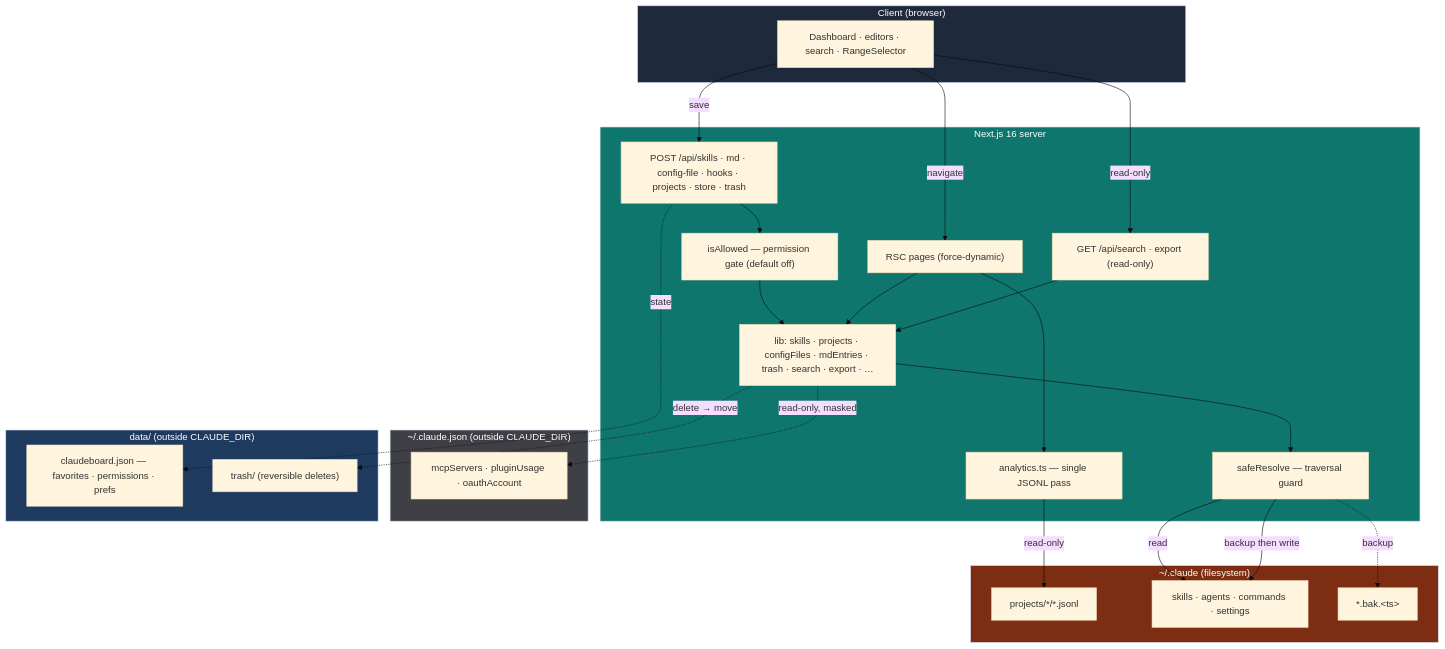
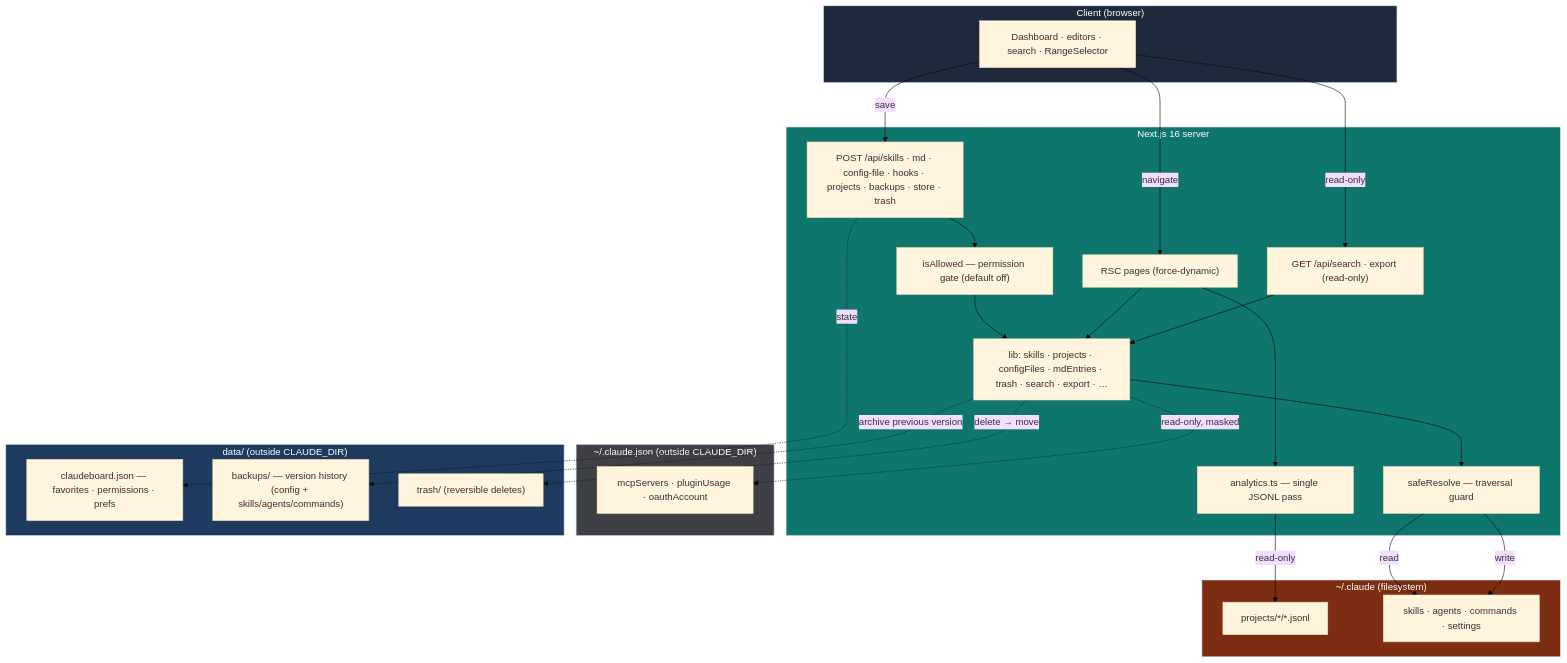
The diagram in README.md (maximebgd/claudeboard), drawn with Mermaid (base theme) before and after one commit. The commit also changed other lines of this file and 1 other file, not shown here.

Commit message:
feat(docs): update README to reflect version history and backup features for skills, agents, and commands

````diff
--- a/README.md
+++ b/README.md
@@ -153,50 +153,50 @@
 ```mermaid
 flowchart TD
     subgraph CLIENT["Client (browser)"]
       UI["Dashboard · editors · search · RangeSelector"]
     end
     subgraph SERVER["Next.js 16 server"]
       PAGES["RSC pages (force-dynamic)"]
-      API["POST /api/skills · md · config-file · hooks · projects · store · trash"]
+      API["POST /api/skills · md · config-file · hooks · projects · backups · store · trash"]
       RO["GET /api/search · export (read-only)"]
       PERM["isAllowed — permission gate (default off)"]
       ANALYTICS["analytics.ts — single JSONL pass"]
       LIB["lib: skills · projects · configFiles · mdEntries · trash · search · export · …"]
       GUARD["safeResolve — traversal guard"]
     end
     subgraph FS["~/.claude (filesystem)"]
       TRANSCRIPTS["projects/*/*.jsonl"]
       SKILLS["skills · agents · commands · settings"]
-      BAK["*.bak.&lt;ts&gt;"]
     end
     subgraph EXT["~/.claude.json (outside CLAUDE_DIR)"]
       MCP["mcpServers · pluginUsage · oauthAccount"]
     end
     subgraph DATA["data/ (outside CLAUDE_DIR)"]
       STORE["claudeboard.json — favorites · permissions · prefs"]
+      BACKUPS["backups/ — version history (config + skills/agents/commands)"]
       TRASH["trash/ (reversible deletes)"]
     end
 
     UI -->|navigate| PAGES
     UI -->|save| API
     UI -->|read-only| RO
     API --> PERM
     PERM --> LIB
     PAGES --> ANALYTICS
     PAGES --> LIB
     RO --> LIB
     API -.->|state| STORE
     ANALYTICS -->|read-only| TRANSCRIPTS
     LIB --> GUARD
     GUARD -->|read| SKILLS
-    GUARD -->|backup then write| SKILLS
-    GUARD -.->|backup| BAK
+    GUARD -->|write| SKILLS
+    LIB -.->|archive previous version| BACKUPS
     LIB -.->|delete → move| TRASH
     LIB -.->|read-only, masked| MCP
 
     style CLIENT fill:#1e293b,color:#fff
     style SERVER fill:#0f766e,color:#fff
     style FS fill:#7c2d12,color:#fff
     style EXT fill:#3f3f46,color:#fff
     style DATA fill:#1e3a5f,color:#fff
 ```
````
